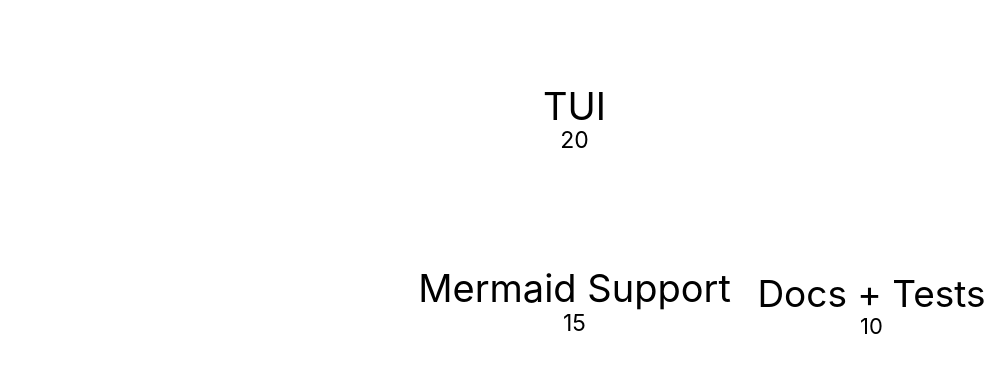
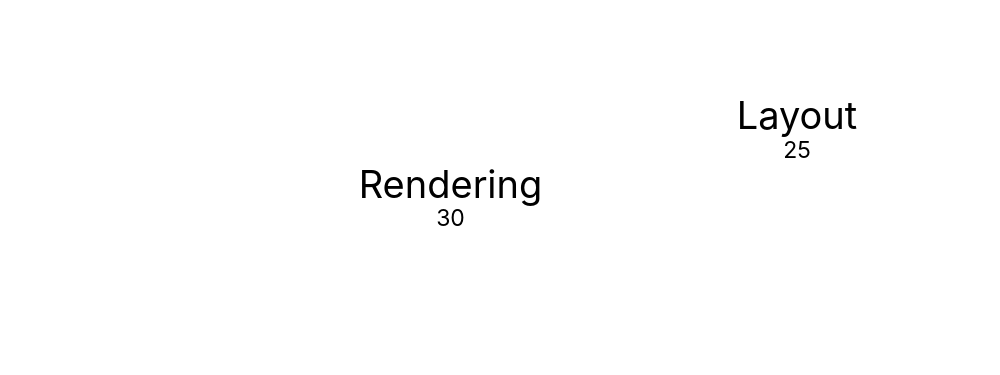
Before and after one commit to nullean/mermaider: diagram 12 of 27 in tests/Mermaider.Tests/Fixtures/mermaid.md, drawn with Mermaid. The commit also changed other lines of this file, not shown here.

Commit message:
Rewrite mermaid.md fixture to be Mermaider-focused, remove WinPrint references

````diff
--- a/tests/Mermaider.Tests/Fixtures/mermaid.md
+++ b/tests/Mermaider.Tests/Fixtures/mermaid.md
@@ -200,8 +175,7 @@
 ```mermaid
 treemap-beta
-    "Core Rendering": 40
-    "Mermaid Support": 15
-    "TUI": 20
-    "Maui GUI": 15
-    "Docs + Tests": 10
+    "Parsing": 30
+    "Layout": 25
+    "Rendering": 30
+    "Tests": 15
 ```
````
